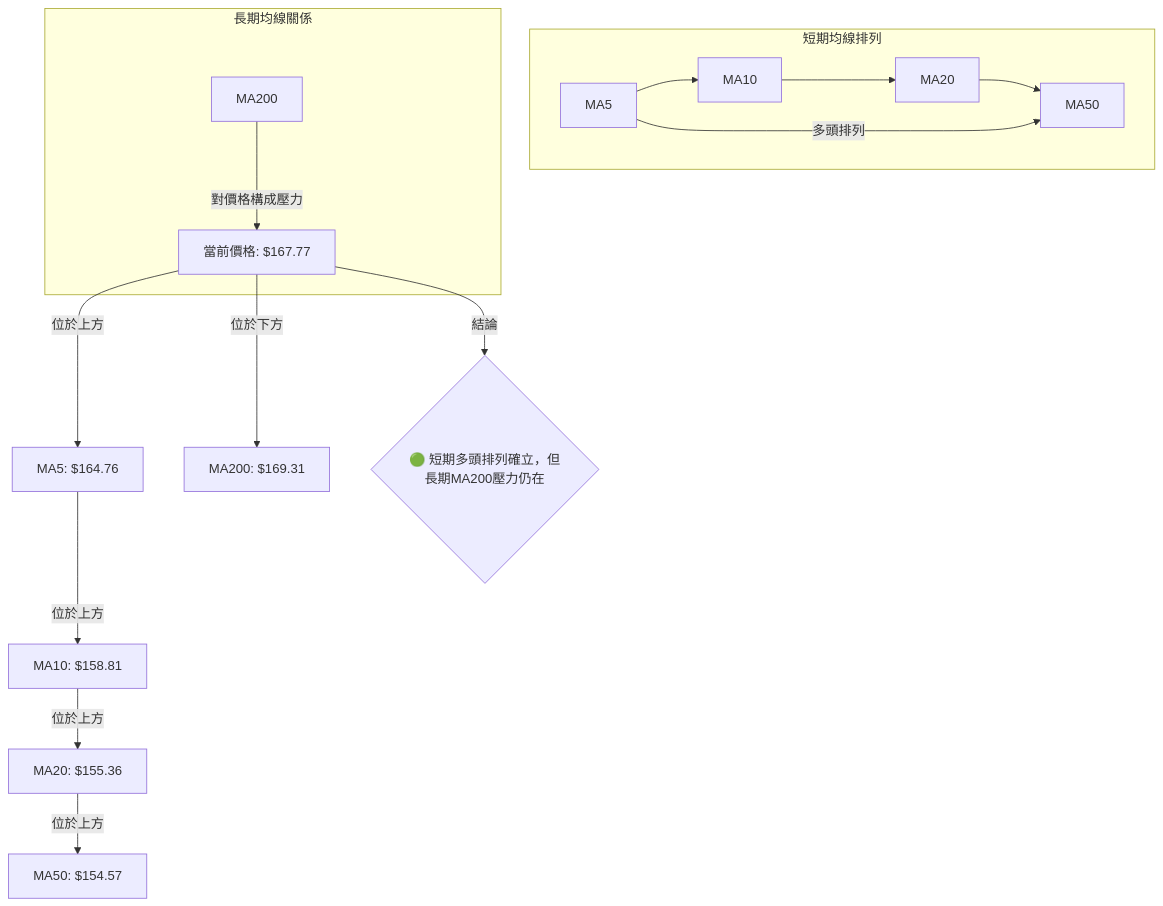
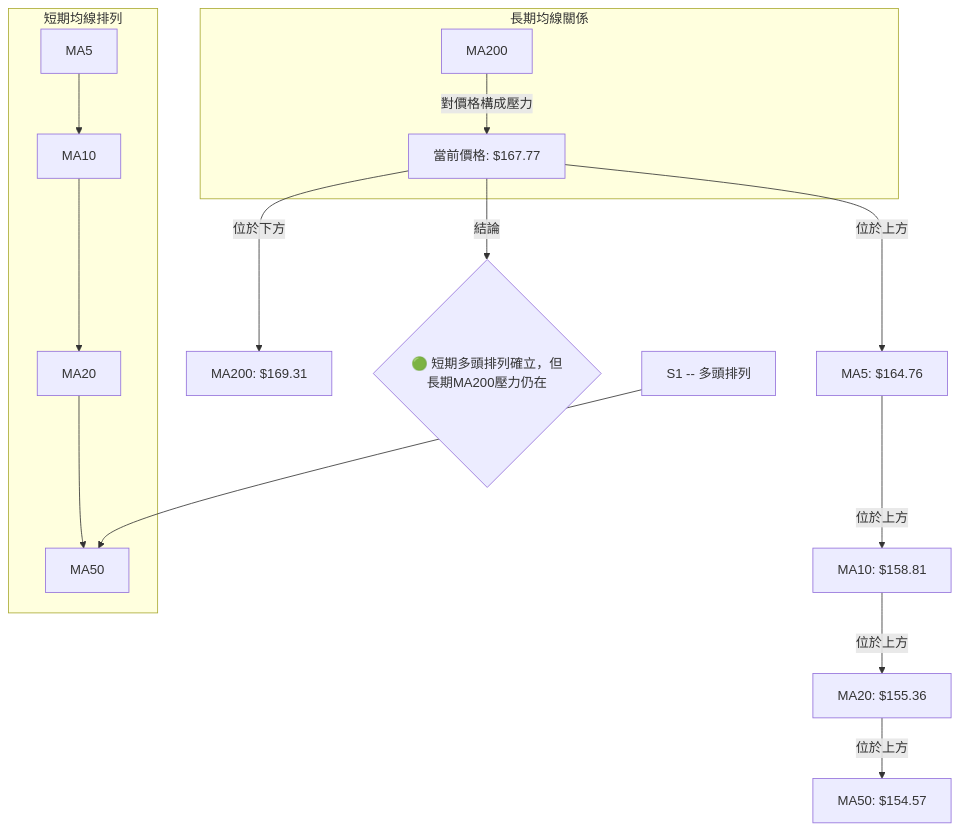
The seventh of 8 diagrams in ai_gen_report/stock/vst/technical_analysis_2026-06-26_gemini.md (yennanliu/finance_data), drawn with Mermaid before and after one commit. The commit also changed other lines of this file and 2258 other files, not shown here.

First line of the commit message:
chore: backfill Mermaid syntax repair across existing reports

````diff
--- a/ai_gen_report/stock/vst/technical_analysis_2026-06-26_gemini.md
+++ b/ai_gen_report/stock/vst/technical_analysis_2026-06-26_gemini.md
@@ -439,29 +439,29 @@
 ```mermaid
 graph TD
-    A[當前價格: $167.77]
-    B[MA5: $164.76]
-    C[MA10: $158.81]
-    D[MA20: $155.36]
-    E[MA50: $154.57]
-    F[MA200: $169.31]
+    A["當前價格: $167.77"]
+    B["MA5: $164.76"]
+    C["MA10: $158.81"]
+    D["MA20: $155.36"]
+    E["MA50: $154.57"]
+    F["MA200: $169.31"]
 
-    A -->|位於上方| B
-    B -->|位於上方| C
-    C -->|位於上方| D
-    D -->|位於上方| E
-    A -->|位於下方| F
+    A -->|"位於上方"| B
+    B -->|"位於上方"| C
+    C -->|"位於上方"| D
+    D -->|"位於上方"| E
+    A -->|"位於下方"| F
 
     subgraph 短期均線排列
-        S1[MA5] --> S2[MA10]
-        S2 --> S3[MA20]
-        S3 --> S4[MA50]
+        S1["MA5"] --> S2["MA10"]
+        S2 --> S3["MA20"]
+        S3 --> S4["MA50"]
     end
-    S1 -- 多頭排列 --> S4
+    nb1["S1 -- 多頭排列"] --> S4
 
     subgraph 長期均線關係
-        L1[MA200]
-        L1 -->|對價格構成壓力| A
+        L1["MA200"]
+        L1 -->|"對價格構成壓力"| A
     end
 
-    A -- 結論 --> G{🟢 短期多頭排列確立，但長期MA200壓力仍在}
+    A -- 結論 --> G{"🟢 短期多頭排列確立，但長期MA200壓力仍在"}
 ```
````
